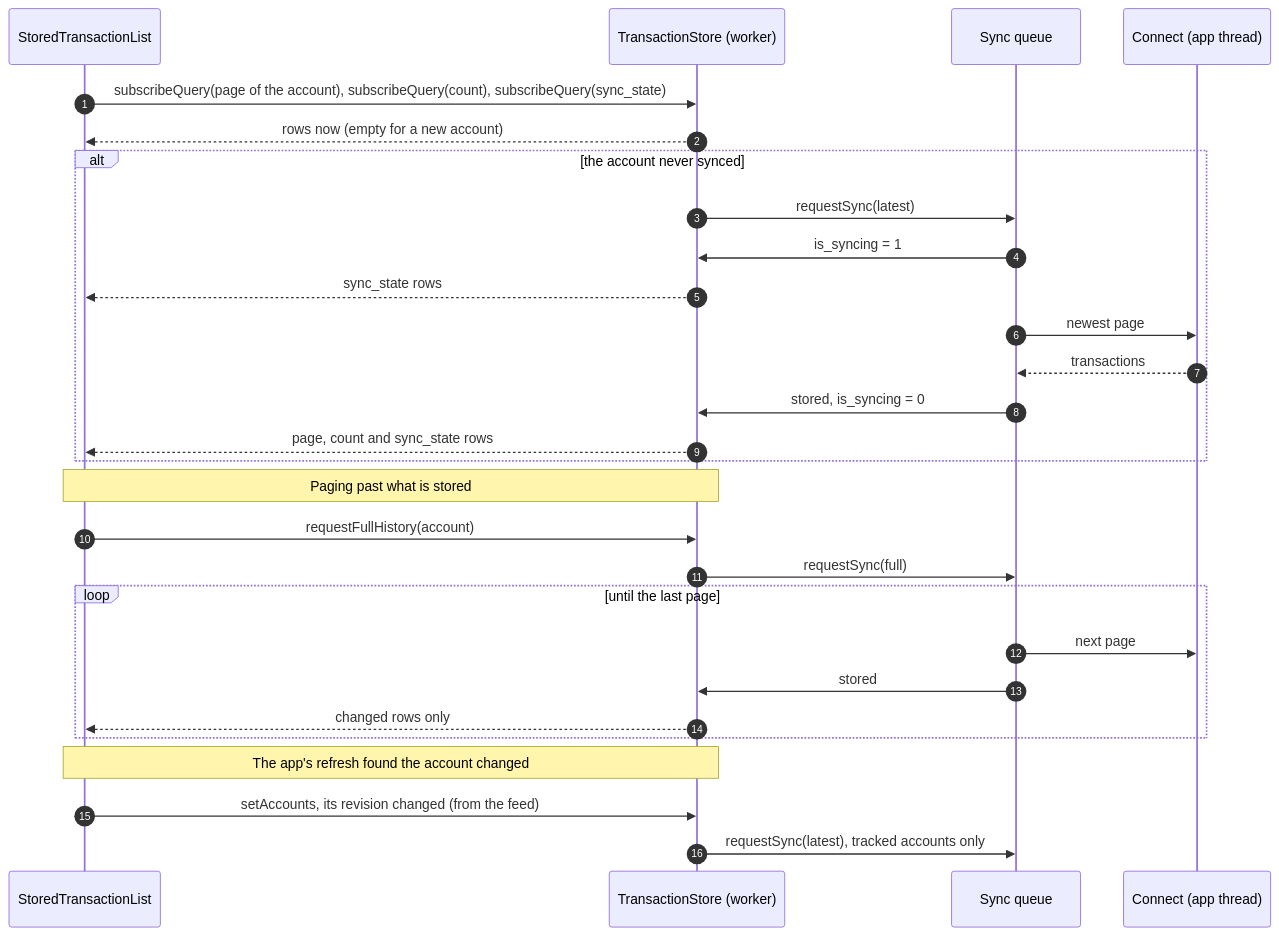
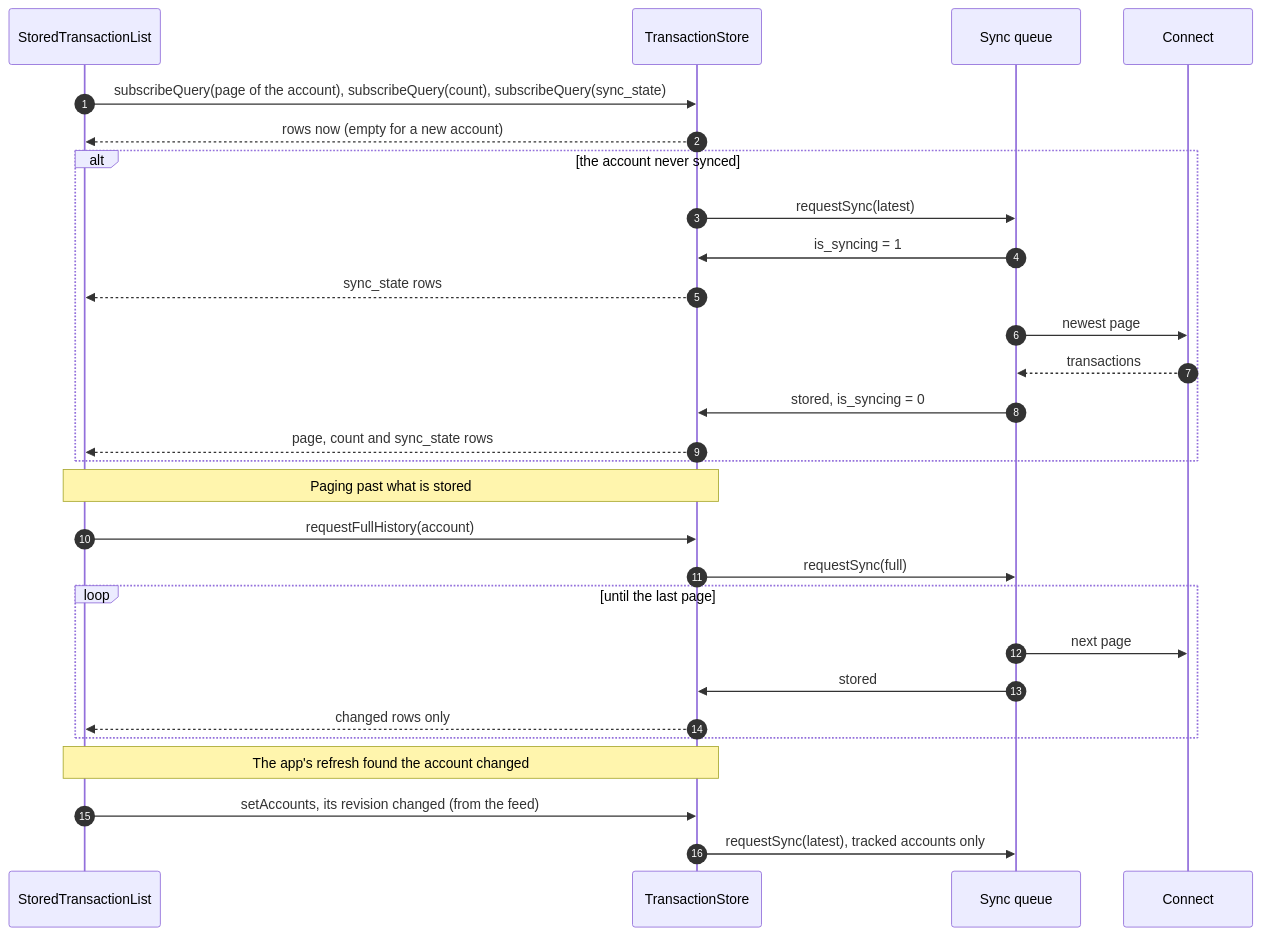
Before and after one commit to trezor/trezor-suite: the second of 3 diagrams in suite-common/transaction-store/README.md, drawn with Mermaid. The commit also changed other lines of this file, not shown here.

Commit message:
docs(transaction-store): describe the engine in the app with SQLite in a worker

````diff
--- a/suite-common/transaction-store/README.md
+++ b/suite-common/transaction-store/README.md
@@ -111,33 +111,33 @@
 ```mermaid
 sequenceDiagram
     autonumber
     participant UI as StoredTransactionList
-    participant Store as TransactionStore (worker)
+    participant Store as TransactionStore
     participant Queue as Sync queue
-    participant Backend as Connect (app thread)
+    participant Backend as Connect
 
     UI->>Store: subscribeQuery(page of the account), subscribeQuery(count), subscribeQuery(sync_state)
     Store-->>UI: rows now (empty for a new account)
     alt the account never synced
         Store->>Queue: requestSync(latest)
         Queue->>Store: is_syncing = 1
         Store-->>UI: sync_state rows
         Queue->>Backend: newest page
         Backend-->>Queue: transactions
         Queue->>Store: stored, is_syncing = 0
         Store-->>UI: page, count and sync_state rows
     end
 
     Note over UI,Store: Paging past what is stored
     UI->>Store: requestFullHistory(account)
     Store->>Queue: requestSync(full)
     loop until the last page
         Queue->>Backend: next page
         Queue->>Store: stored
         Store-->>UI: changed rows only
     end
 
     Note over UI,Store: The app's refresh found the account changed
     UI->>Store: setAccounts, its revision changed (from the feed)
     Store->>Queue: requestSync(latest), tracked accounts only
 ```
````
